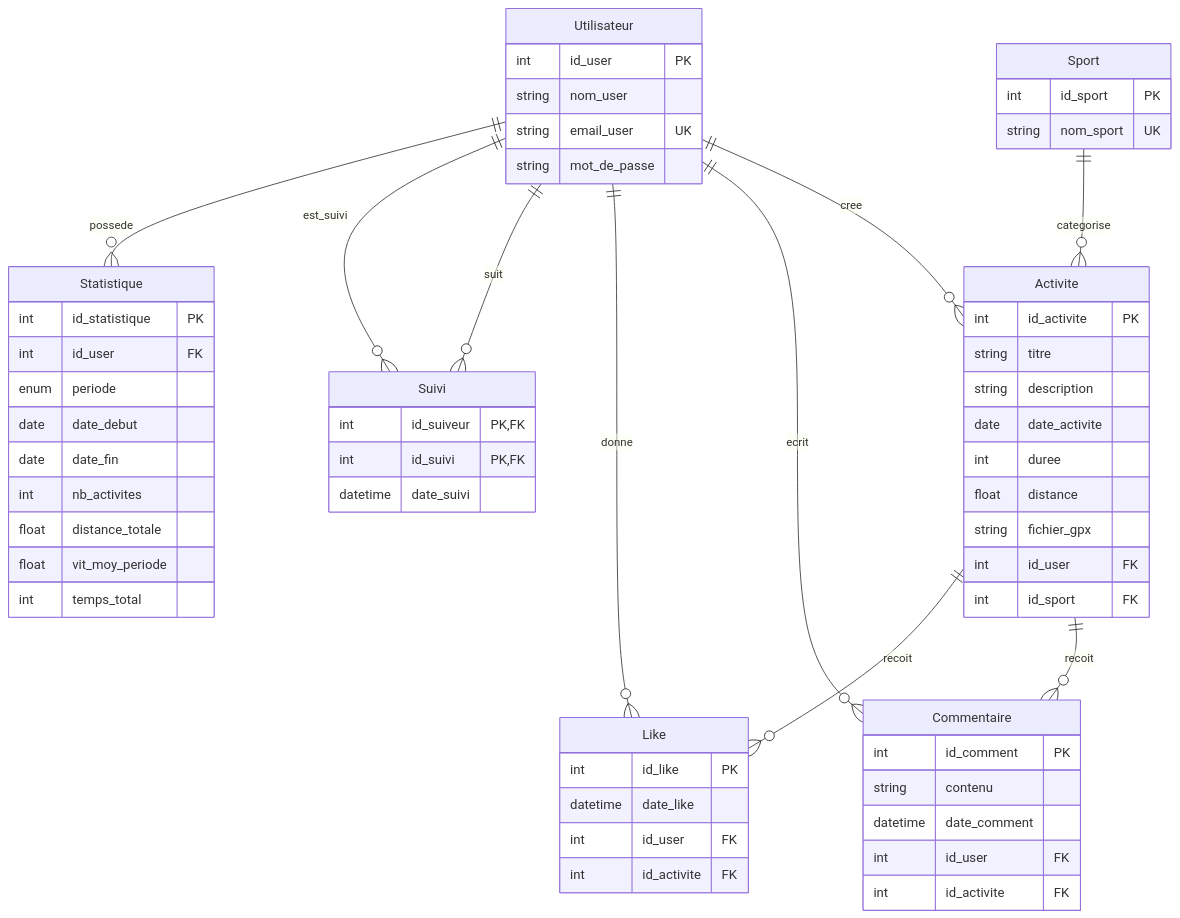
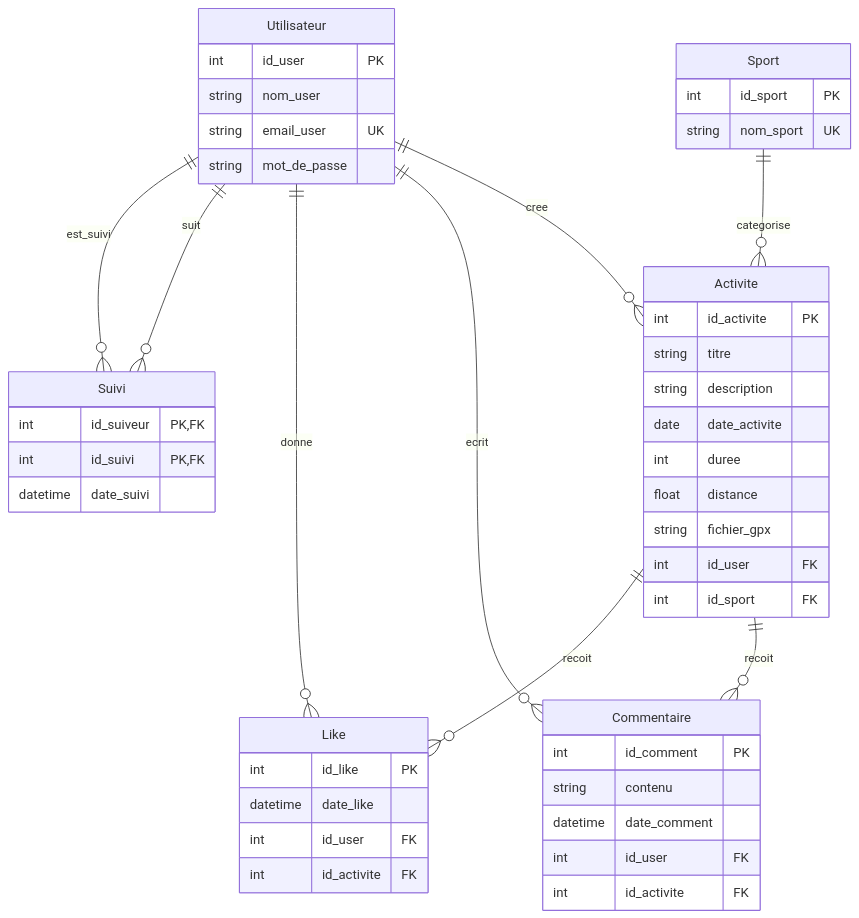
Before and after one commit to TeodoraHub/Info-2A-Strava: the diagram in doc/modèle_physique_données.md, drawn with Mermaid.

````diff
--- a/doc/modèle_physique_données.md
+++ b/doc/modèle_physique_données.md
@@ -2,74 +2,62 @@
 ```mermaid
 erDiagram
     Utilisateur {
         int id_user PK
         string nom_user
         string email_user UK
         string mot_de_passe
     }
     
     Sport {
         int id_sport PK
         string nom_sport UK
     }
 
     Activite {
         int id_activite PK
         string titre
         string description
         date date_activite
         int duree
         float distance
         string fichier_gpx
         int id_user FK
         int id_sport FK
     }
     
     Commentaire {
         int id_comment PK
         string contenu
         datetime date_comment
         int id_user FK
         int id_activite FK
     }
     
     Like {
         int id_like PK
         datetime date_like
         int id_user FK
         int id_activite FK
     }
     
     Suivi {
         int id_suiveur PK,FK
         int id_suivi PK,FK
         datetime date_suivi
     }
     
-    Statistique {
-        int id_statistique PK
-        int id_user FK
-        enum periode
-        date date_debut
-        date date_fin
-        int nb_activites
-        float distance_totale
-        float vit_moy_periode
-        int temps_total
-    }
-
+   
     %% Relations principales
     Utilisateur ||--o{ Activite : cree
     Sport ||--o{ Activite : categorise
     
     %% Relations d'interaction
     Utilisateur ||--o{ Commentaire : ecrit
     Utilisateur ||--o{ Like : donne
     Activite ||--o{ Commentaire : recoit
     Activite ||--o{ Like : recoit
     
     %% Relations de suivi et statistiques
     Utilisateur ||--o{ Suivi : suit
     Utilisateur ||--o{ Suivi : est_suivi
-    Utilisateur ||--o{ Statistique : possede
 ```
````
